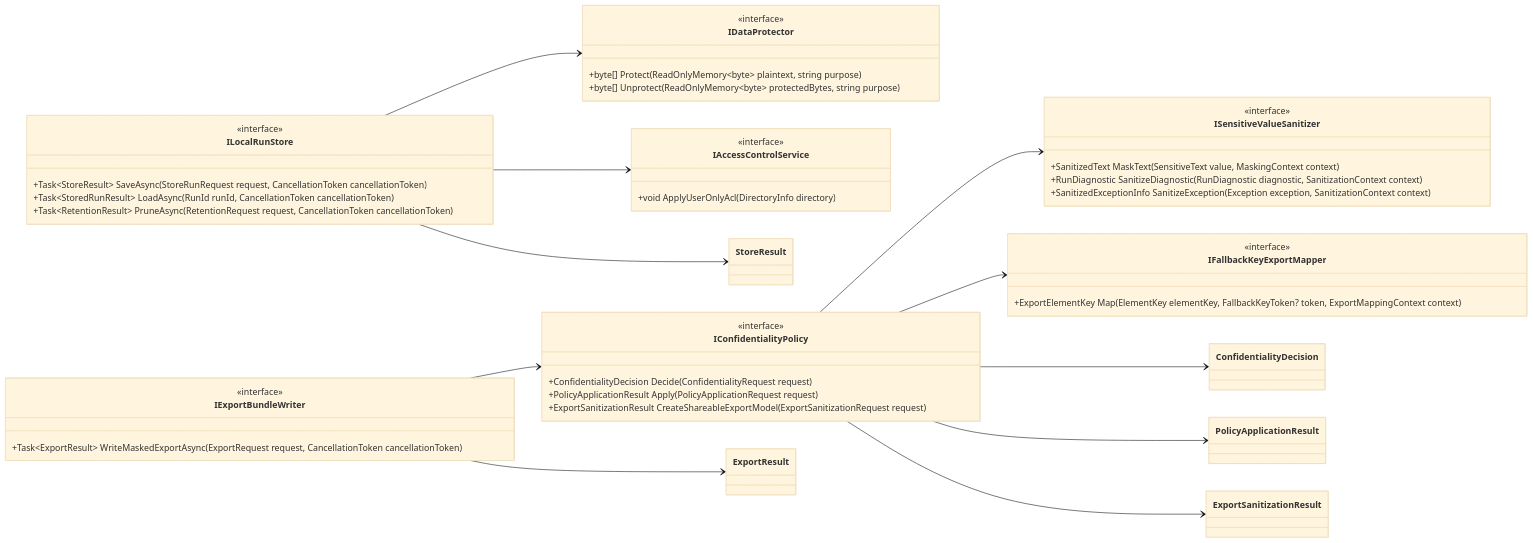
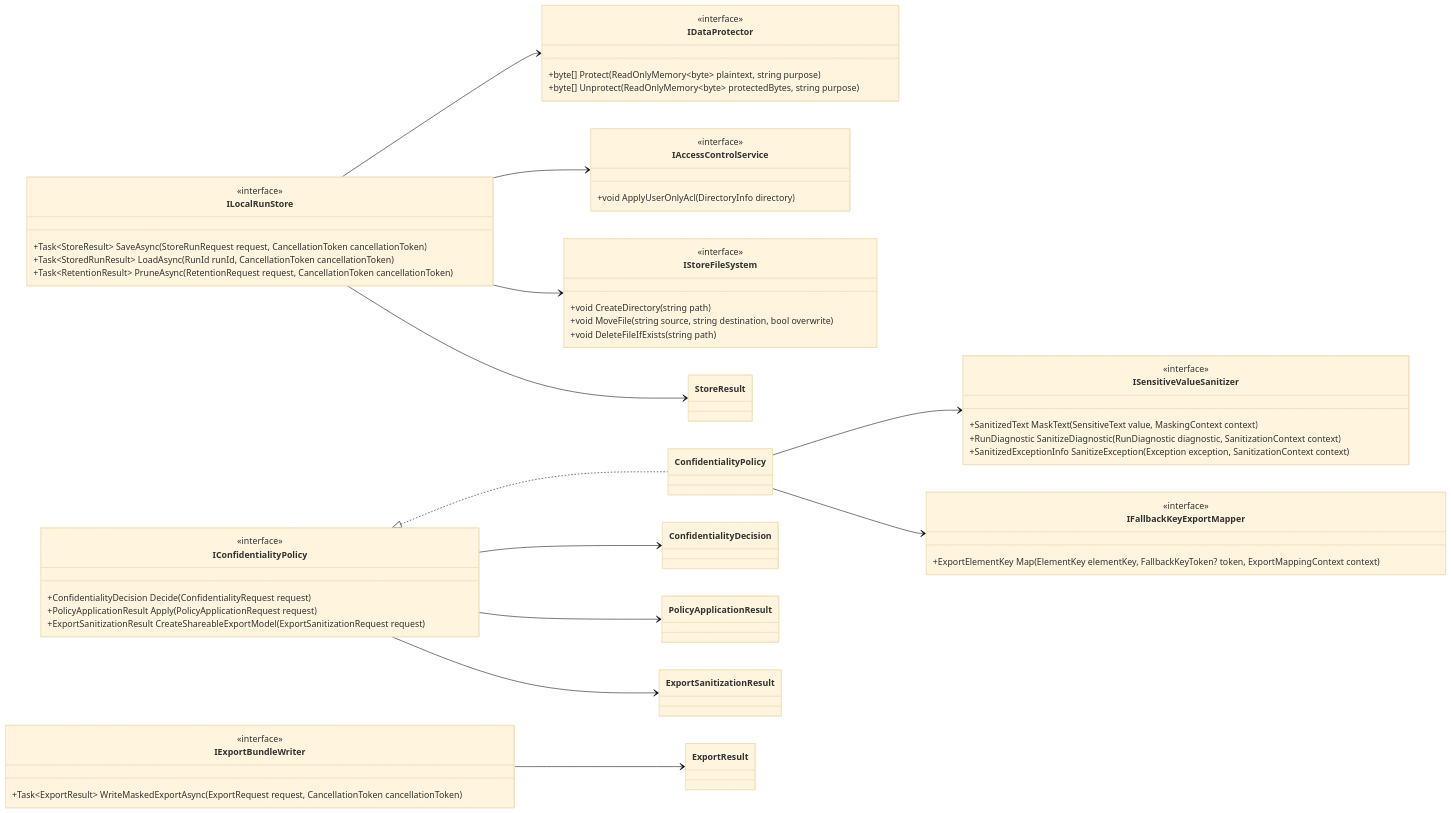
Before and after one commit to urario/Surveyor: the first of 2 diagrams in knowledge/design/des-0013-confidentiality-storage-and-export.md, drawn with Mermaid (base theme). The commit also changed other lines of this file and 3 other files, not shown here.

````diff
--- a/knowledge/design/des-0013-confidentiality-storage-and-export.md
+++ b/knowledge/design/des-0013-confidentiality-storage-and-export.md
@@ -95,63 +95,71 @@
 ```mermaid
 classDiagram
   direction LR
 
   class IConfidentialityPolicy {
     <<interface>>
     +ConfidentialityDecision Decide(ConfidentialityRequest request)
     +PolicyApplicationResult Apply(PolicyApplicationRequest request)
     +ExportSanitizationResult CreateShareableExportModel(ExportSanitizationRequest request)
   }
 
   class ISensitiveValueSanitizer {
     <<interface>>
     +SanitizedText MaskText(SensitiveText value, MaskingContext context)
     +RunDiagnostic SanitizeDiagnostic(RunDiagnostic diagnostic, SanitizationContext context)
     +SanitizedExceptionInfo SanitizeException(Exception exception, SanitizationContext context)
   }
 
   class IFallbackKeyExportMapper {
     <<interface>>
     +ExportElementKey Map(ElementKey elementKey, FallbackKeyToken? token, ExportMappingContext context)
   }
 
   class ILocalRunStore {
     <<interface>>
     +Task~StoreResult~ SaveAsync(StoreRunRequest request, CancellationToken cancellationToken)
     +Task~StoredRunResult~ LoadAsync(RunId runId, CancellationToken cancellationToken)
     +Task~RetentionResult~ PruneAsync(RetentionRequest request, CancellationToken cancellationToken)
   }
 
   class IExportBundleWriter {
     <<interface>>
     +Task~ExportResult~ WriteMaskedExportAsync(ExportRequest request, CancellationToken cancellationToken)
   }
 
   class IDataProtector {
     <<interface>>
     +byte[] Protect(ReadOnlyMemory~byte~ plaintext, string purpose)
     +byte[] Unprotect(ReadOnlyMemory~byte~ protectedBytes, string purpose)
   }
 
   class IAccessControlService {
     <<interface>>
     +void ApplyUserOnlyAcl(DirectoryInfo directory)
   }
 
+  class IStoreFileSystem {
+    <<interface>>
+    +void CreateDirectory(string path)
+    +void MoveFile(string source, string destination, bool overwrite)
+    +void DeleteFileIfExists(string path)
+  }
+
   class ConfidentialityDecision
   class PolicyApplicationResult
   class ExportSanitizationResult
   class StoreResult
   class ExportResult
 
-  IConfidentialityPolicy --> ISensitiveValueSanitizer
-  IConfidentialityPolicy --> IFallbackKeyExportMapper
+  IConfidentialityPolicy <|.. ConfidentialityPolicy
+  ConfidentialityPolicy --> ISensitiveValueSanitizer
+  ConfidentialityPolicy --> IFallbackKeyExportMapper
   IConfidentialityPolicy --> ConfidentialityDecision
   IConfidentialityPolicy --> PolicyApplicationResult
   IConfidentialityPolicy --> ExportSanitizationResult
   ILocalRunStore --> IDataProtector
   ILocalRunStore --> IAccessControlService
+  ILocalRunStore --> IStoreFileSystem
   ILocalRunStore --> StoreResult
-  IExportBundleWriter --> IConfidentialityPolicy
   IExportBundleWriter --> ExportResult
 ```
````
